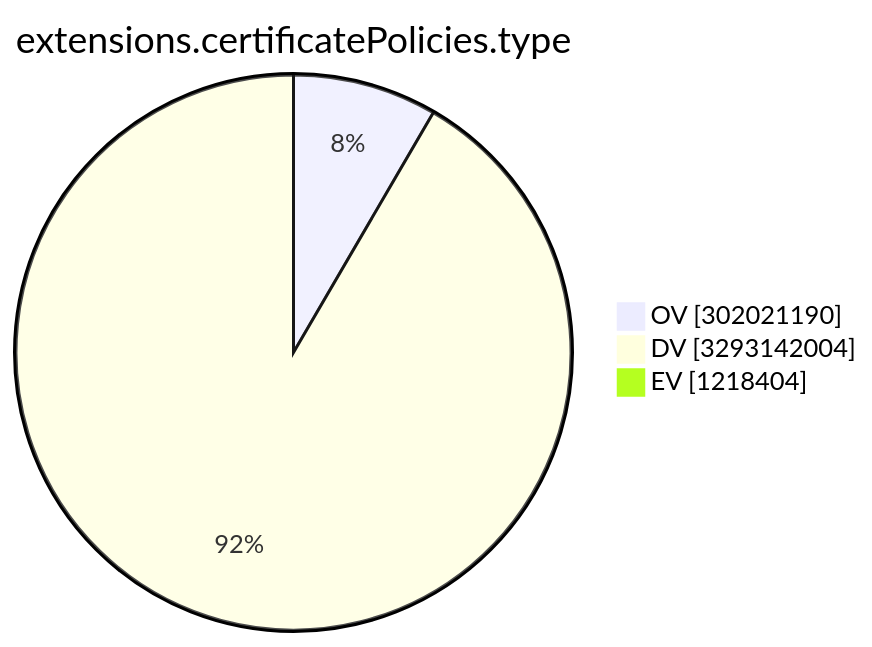
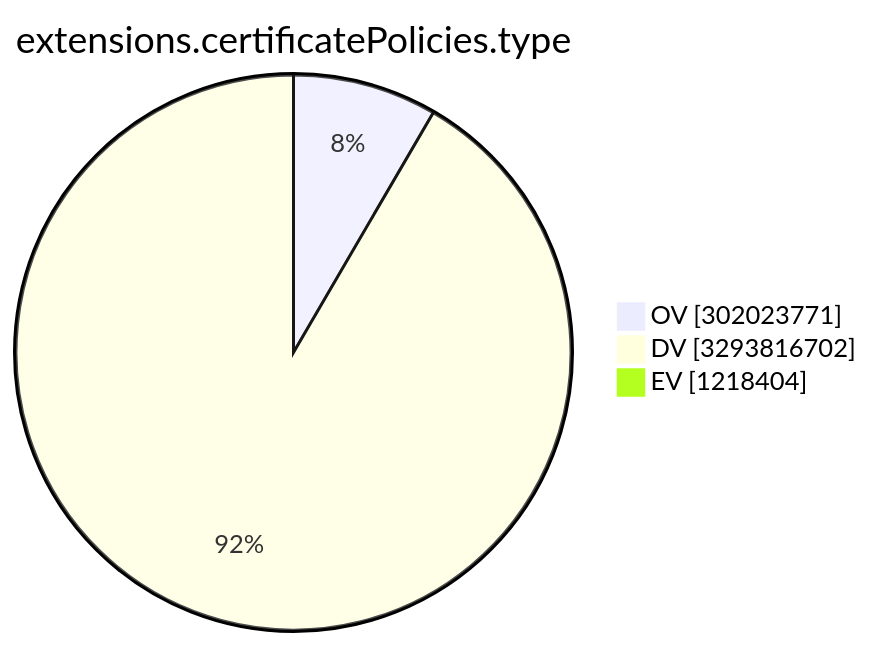
Before and after one commit to christiankrug/ctmonitor_visualization: the ninth of 15 diagrams in TOTAL/README.md, drawn with Mermaid. The commit also changed other lines of this file, not shown here.

````diff
--- a/TOTAL/README.md
+++ b/TOTAL/README.md
@@ -3107,7 +3107,7 @@
 ```mermaid
 pie showData
 title extensions.certificatePolicies.type
-"OV" :302021190
-"DV" :3293142004
+"OV" :302023771
+"DV" :3293816702
 "EV" :1218404
 ```
````
